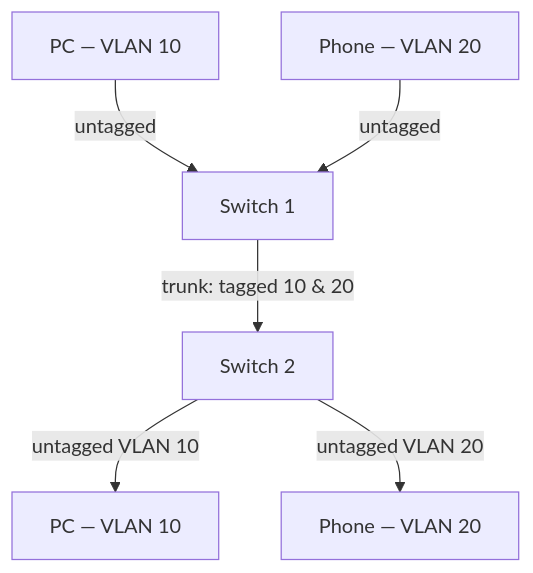
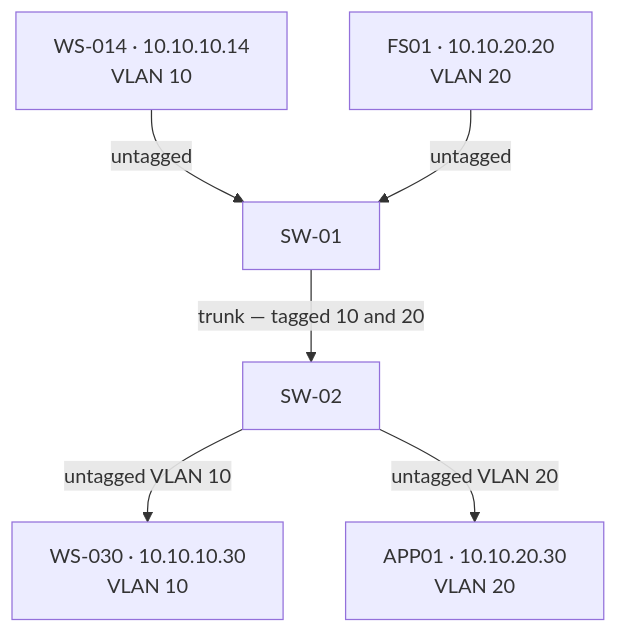
Before and after one commit to nnr-root/cybersec-crook2root-notes: the first of 2 diagrams in Networking/Switching & the Link Layer/VLANs & Trunking.md, drawn with Mermaid. The commit also changed other lines of this file and 3 other files, not shown here.

````diff
--- a/Networking/Switching & the Link Layer/VLANs & Trunking.md
+++ b/Networking/Switching & the Link Layer/VLANs & Trunking.md
@@ -66,8 +66,8 @@
 ```mermaid
 flowchart TB
-    PC1["PC — VLAN 10"] -->|"untagged"| SW1["Switch 1"]
-    PC2["Phone — VLAN 20"] -->|"untagged"| SW1
-    SW1 -->|"trunk: tagged 10 & 20"| SW2["Switch 2"]
-    SW2 -->|"untagged VLAN 10"| PC3["PC — VLAN 10"]
-    SW2 -->|"untagged VLAN 20"| PC4["Phone — VLAN 20"]
+    W14["WS-014 · 10.10.10.14<br/>VLAN 10"] -->|"untagged"| SW1["SW-01"]
+    FS["FS01 · 10.10.20.20<br/>VLAN 20"] -->|"untagged"| SW1
+    SW1 -->|"trunk — tagged 10 and 20"| SW2["SW-02"]
+    SW2 -->|"untagged VLAN 10"| W30["WS-030 · 10.10.10.30<br/>VLAN 10"]
+    SW2 -->|"untagged VLAN 20"| AP["APP01 · 10.10.20.30<br/>VLAN 20"]
 ```
````
